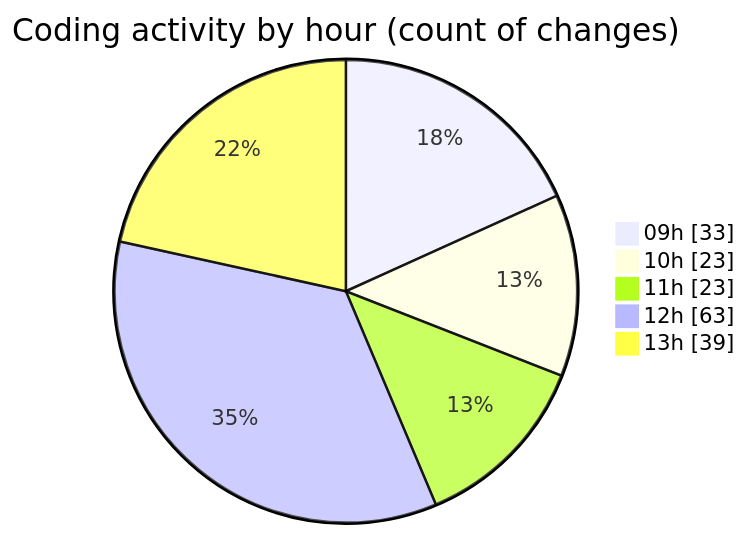
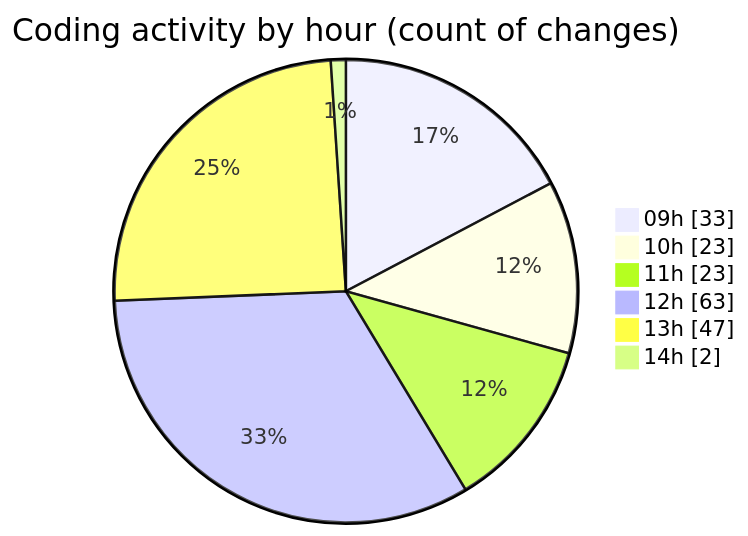
Before and after one commit to CELIANVF/code-tracking: the second of 2 diagrams in 2025-05-20/ecodeli-1/README.md, drawn with Mermaid. The commit also changed other lines of this file and 1 other file, not shown here.

````diff
--- a/2025-05-20/ecodeli-1/README.md
+++ b/2025-05-20/ecodeli-1/README.md
@@ -95,9 +100,10 @@
 ```mermaid
 pie showData
 title Coding activity by hour (count of changes)
 "09h" : 33
 "10h" : 23
 "11h" : 23
 "12h" : 63
-"13h" : 39
+"13h" : 47
+"14h" : 2
 ```
````
